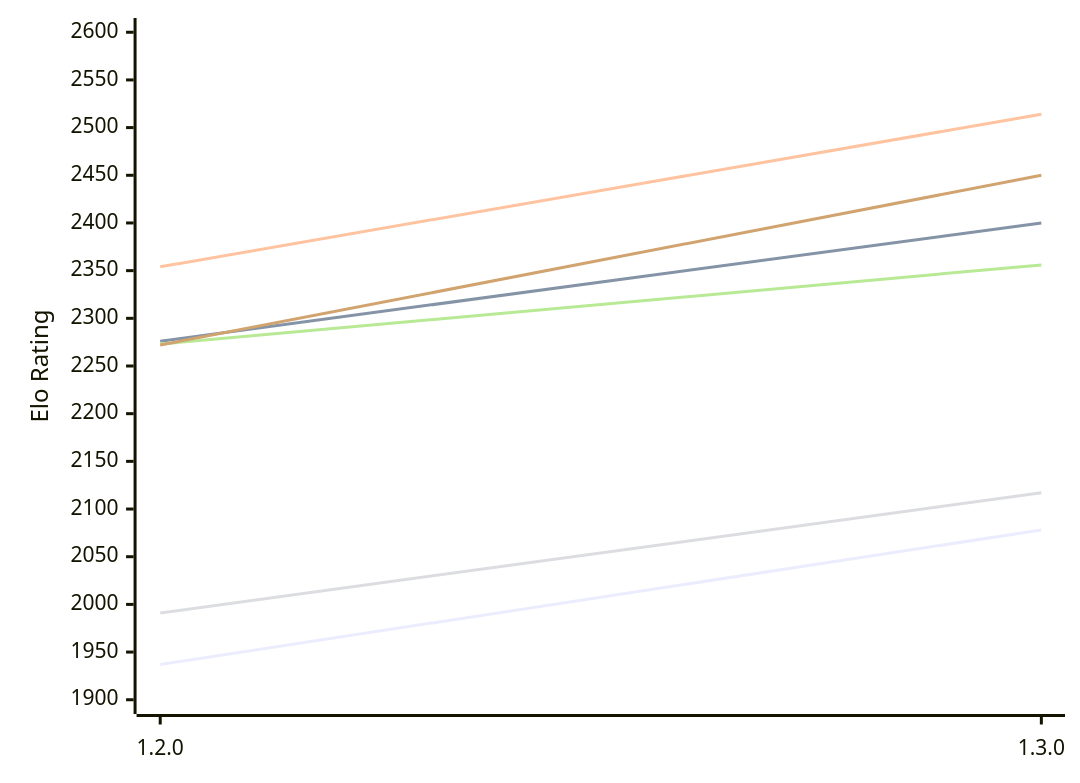
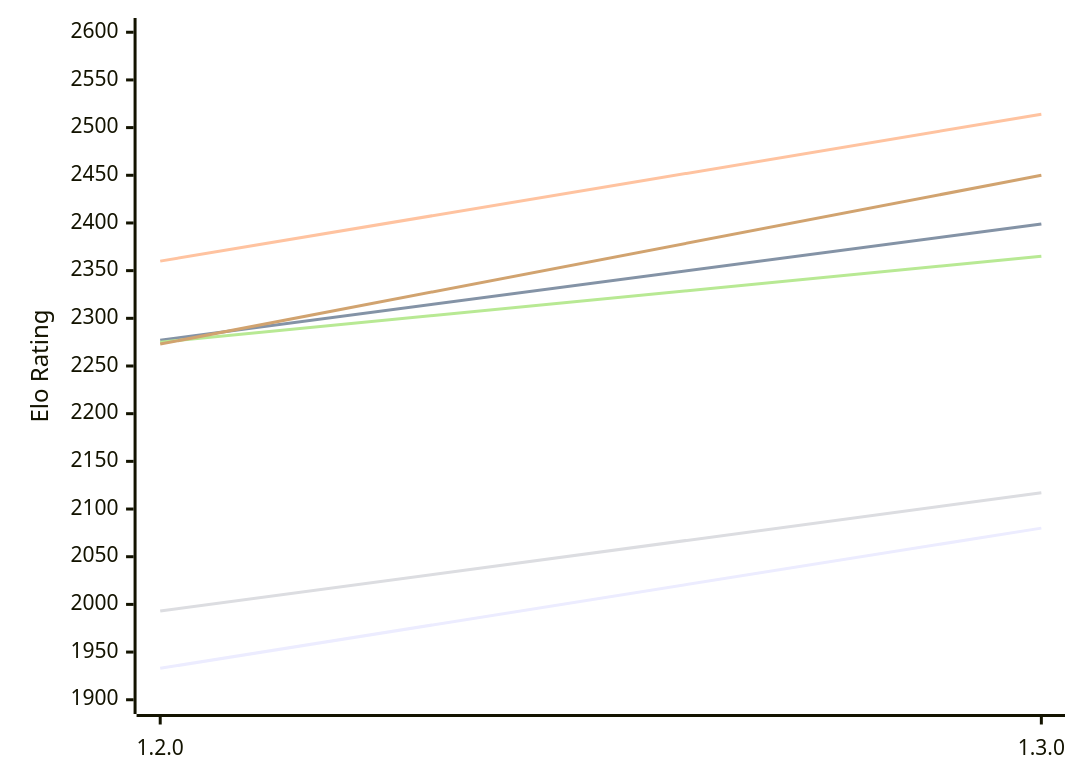
The first of 2 diagrams in engines/Anodos.md (computer-chess-index/cci), drawn with Mermaid before and after one commit. The commit also changed other lines of this file, not shown here.

Commit message:
Update CCI Ratings (ELO VLTC) - 2026-11-26

````diff
--- a/engines/Anodos.md
+++ b/engines/Anodos.md
@@ -52,12 +52,12 @@
 ```mermaid
 %%{init: {"theme":"base","themeVariables":{"seriesColors:['#a3a3a3','#222221','#faa371']}}}%%
 xychart-beta
   x-axis ["1.2.0", "1.3.0"]
   y-axis "Elo Rating" 1900 --> 2600
-  line "E1: STC (8.0+0.08s)" [1937, 2078]
-  line "E1: LTC (60.0+0.60s)" [2276, 2400]
-  line "E1: VLTC (2m24s+1.12s)" [2354, 2514]
-  line "P1: STC (8.0+0.08s)" [1991, 2117]
-  line "P1: LTC (60.0+0.60s)" [2273, 2356]
-  line "P1: VLTC (2m24s+1.12s)" [2272, 2450]
+  line "E1: STC (8.0+0.08s)" [1933, 2080]
+  line "E1: LTC (60.0+0.60s)" [2277, 2399]
+  line "E1: VLTC (2m24s+1.12s)" [2360, 2514]
+  line "P1: STC (8.0+0.08s)" [1993, 2117]
+  line "P1: LTC (60.0+0.60s)" [2275, 2365]
+  line "P1: VLTC (2m24s+1.12s)" [2273, 2450]
 ```
````
